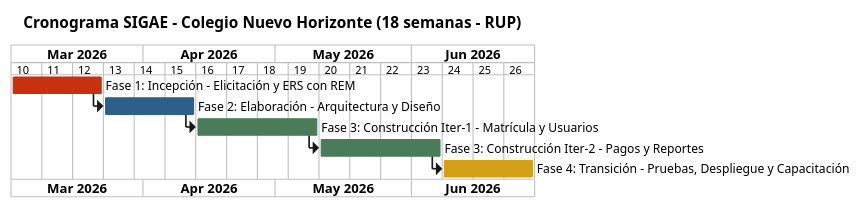
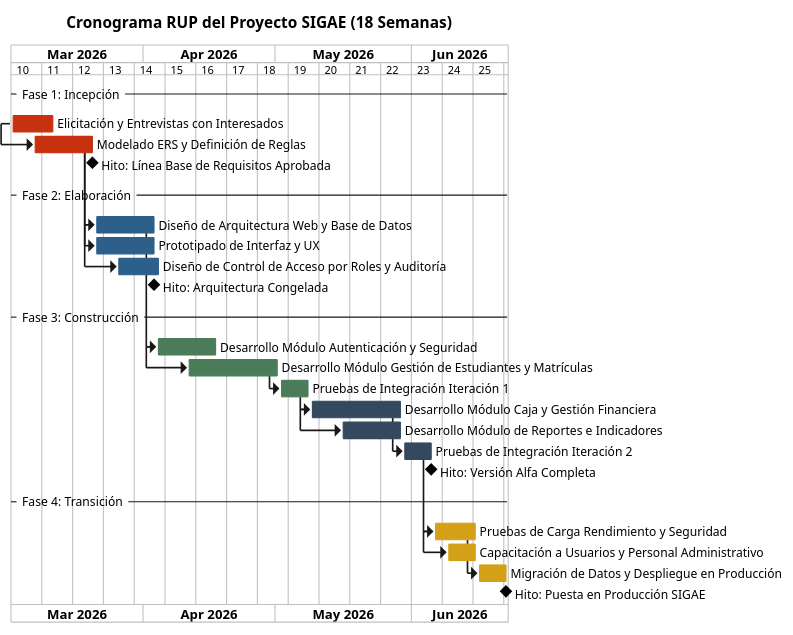
The diagram in l1/img/sigae_gantt.puml (microuni-unsa/cas-lab-turno-e-grupo-1), drawn with PlantUML before and after one commit. The commit also changed 10 other files, not shown here.

```diff
--- a/l1/img/sigae_gantt.puml
+++ b/l1/img/sigae_gantt.puml
@@ -1,23 +1,61 @@
 @startgantt
-title Cronograma SIGAE - Colegio Nuevo Horizonte (18 semanas - RUP)
+title Cronograma RUP del Proyecto SIGAE (18 Semanas)
 Project starts 2026-03-02
 printscale weekly
 skinparam backgroundColor #FFFFFF
 
-[Fase 1: Incepción - Elicitación y ERS con REM] lasts 21 days
-[Fase 2: Elaboración - Arquitectura y Diseño] lasts 21 days
-[Fase 3: Construcción Iter-1 - Matrícula y Usuarios] lasts 28 days
-[Fase 3: Construcción Iter-2 - Pagos y Reportes] lasts 28 days
-[Fase 4: Transición - Pruebas, Despliegue y Capacitación] lasts 21 days
+-- Fase 1: Incepción --
+[Elicitación y Entrevistas con Interesados] lasts 10 days
+[Elicitación y Entrevistas con Interesados] is colored in #C8310E
+[Modelado ERS y Definición de Reglas] lasts 14 days
+[Modelado ERS y Definición de Reglas] is colored in #C8310E
+[Modelado ERS y Definición de Reglas] starts 5 days after [Elicitación y Entrevistas con Interesados]'s start
+[Hito: Línea Base de Requisitos Aprobada] happens at [Modelado ERS y Definición de Reglas]'s end
 
-[Fase 1: Incepción - Elicitación y ERS con REM] is colored in #C8310E
-[Fase 2: Elaboración - Arquitectura y Diseño] is colored in #2C5F8A
-[Fase 3: Construcción Iter-1 - Matrícula y Usuarios] is colored in #4A7C59
-[Fase 3: Construcción Iter-2 - Pagos y Reportes] is colored in #4A7C59
-[Fase 4: Transición - Pruebas, Despliegue y Capacitación] is colored in #D4A017
+-- Fase 2: Elaboración --
+[Diseño de Arquitectura Web y Base de Datos] lasts 14 days
+[Diseño de Arquitectura Web y Base de Datos] is colored in #2C5F8A
+[Diseño de Arquitectura Web y Base de Datos] starts at [Modelado ERS y Definición de Reglas]'s end
+[Prototipado de Interfaz y UX] lasts 14 days
+[Prototipado de Interfaz y UX] is colored in #2C5F8A
+[Prototipado de Interfaz y UX] starts at [Modelado ERS y Definición de Reglas]'s end
+[Diseño de Control de Acceso por Roles y Auditoría] lasts 10 days
+[Diseño de Control de Acceso por Roles y Auditoría] is colored in #2C5F8A
+[Diseño de Control de Acceso por Roles y Auditoría] starts 5 days after [Diseño de Arquitectura Web y Base de Datos]'s start
+[Hito: Arquitectura Congelada] happens at [Diseño de Arquitectura Web y Base de Datos]'s end
 
-[Fase 2: Elaboración - Arquitectura y Diseño] starts at [Fase 1: Incepción - Elicitación y ERS con REM]'s end
-[Fase 3: Construcción Iter-1 - Matrícula y Usuarios] starts at [Fase 2: Elaboración - Arquitectura y Diseño]'s end
-[Fase 3: Construcción Iter-2 - Pagos y Reportes] starts at [Fase 3: Construcción Iter-1 - Matrícula y Usuarios]'s end
-[Fase 4: Transición - Pruebas, Despliegue y Capacitación] starts at [Fase 3: Construcción Iter-2 - Pagos y Reportes]'s end
+-- Fase 3: Construcción --
+[Desarrollo Módulo Autenticación y Seguridad] lasts 14 days
+[Desarrollo Módulo Autenticación y Seguridad] is colored in #4A7C59
+[Desarrollo Módulo Autenticación y Seguridad] starts at [Diseño de Arquitectura Web y Base de Datos]'s end
+[Desarrollo Módulo Gestión de Estudiantes y Matrículas] lasts 21 days
+[Desarrollo Módulo Gestión de Estudiantes y Matrículas] is colored in #4A7C59
+[Desarrollo Módulo Gestión de Estudiantes y Matrículas] starts 7 days after [Desarrollo Módulo Autenticación y Seguridad]'s start
+[Pruebas de Integración Iteración 1] lasts 7 days
+[Pruebas de Integración Iteración 1] is colored in #4A7C59
+[Pruebas de Integración Iteración 1] starts at [Desarrollo Módulo Gestión de Estudiantes y Matrículas]'s end
+
+[Desarrollo Módulo Caja y Gestión Financiera] lasts 21 days
+[Desarrollo Módulo Caja y Gestión Financiera] is colored in #34495E
+[Desarrollo Módulo Caja y Gestión Financiera] starts at [Pruebas de Integración Iteración 1]'s end
+[Desarrollo Módulo de Reportes e Indicadores] lasts 14 days
+[Desarrollo Módulo de Reportes e Indicadores] is colored in #34495E
+[Desarrollo Módulo de Reportes e Indicadores] starts 7 days after [Desarrollo Módulo Caja y Gestión Financiera]'s start
+[Pruebas de Integración Iteración 2] lasts 7 days
+[Pruebas de Integración Iteración 2] is colored in #34495E
+[Pruebas de Integración Iteración 2] starts at [Desarrollo Módulo Caja y Gestión Financiera]'s end
+[Hito: Versión Alfa Completa] happens at [Pruebas de Integración Iteración 2]'s end
+
+-- Fase 4: Transición --
+[Pruebas de Carga Rendimiento y Seguridad] lasts 10 days
+[Pruebas de Carga Rendimiento y Seguridad] is colored in #D4A017
+[Pruebas de Carga Rendimiento y Seguridad] starts at [Pruebas de Integración Iteración 2]'s end
+[Capacitación a Usuarios y Personal Administrativo] lasts 7 days
+[Capacitación a Usuarios y Personal Administrativo] is colored in #D4A017
+[Capacitación a Usuarios y Personal Administrativo] starts 3 days after [Pruebas de Carga Rendimiento y Seguridad]'s start
+[Migración de Datos y Despliegue en Producción] lasts 7 days
+[Migración de Datos y Despliegue en Producción] is colored in #D4A017
+[Migración de Datos y Despliegue en Producción] starts at [Pruebas de Carga Rendimiento y Seguridad]'s end
+[Hito: Puesta en Producción SIGAE] happens at [Migración de Datos y Despliegue en Producción]'s end
+
 @endgantt
```
